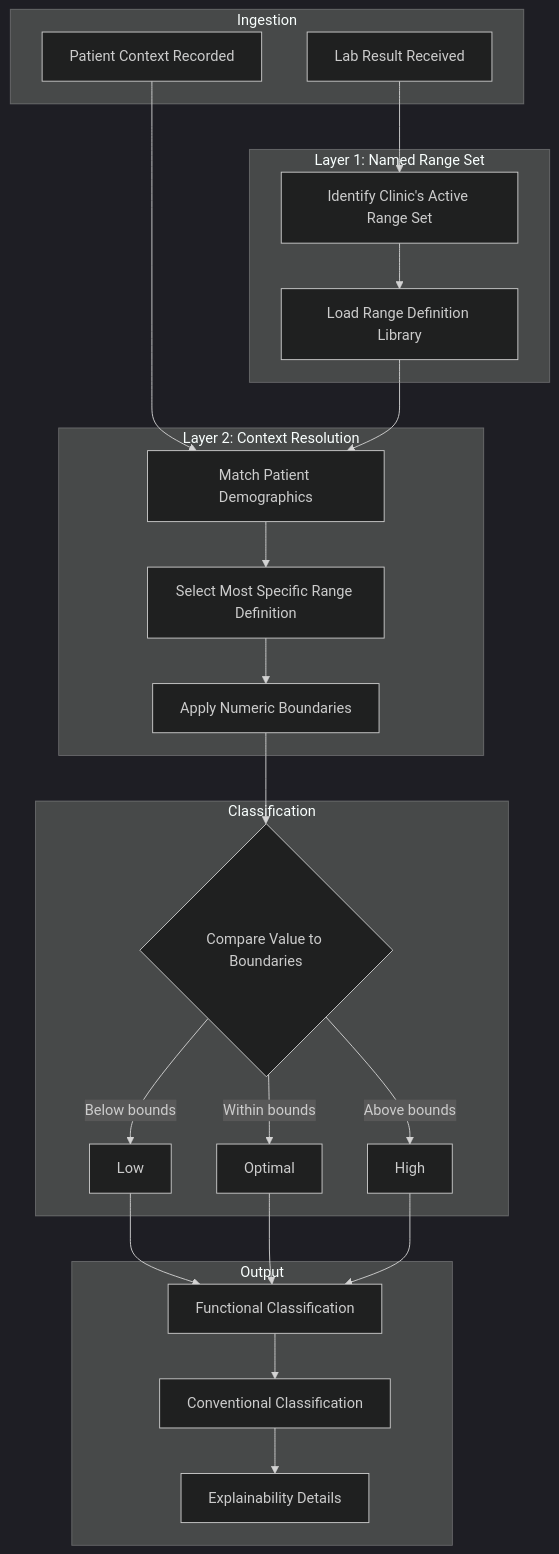
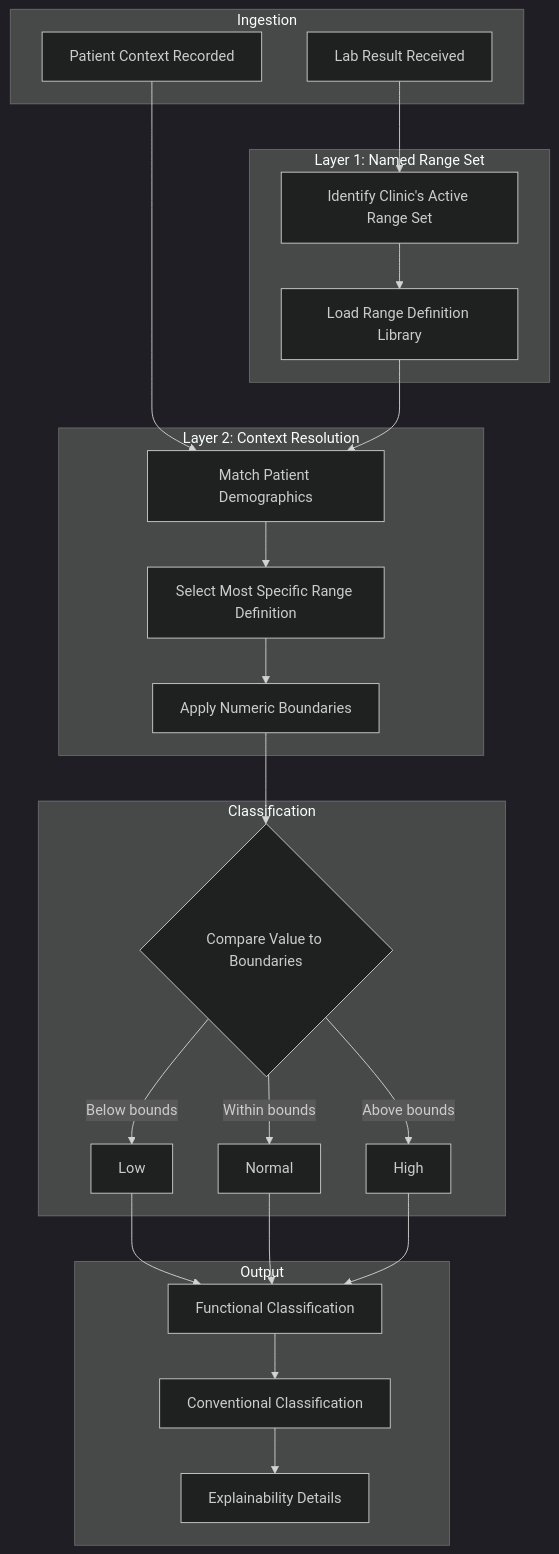
The diagram in docs/onboarding/3-operational-flow.md (Hulupeep/healthplus-help), drawn with Mermaid (dark theme) before and after one commit. The commit also changed other lines of this file, not shown here.

First line of the commit message:
docs: de-drift operational-flow classification bands + matching dimensions (#43) (#44)

````diff
--- a/docs/onboarding/3-operational-flow.md
+++ b/docs/onboarding/3-operational-flow.md
@@ -122,47 +121,47 @@
 ```mermaid
 flowchart TD
     subgraph Ingestion
         A[Lab Result Received]
         B[Patient Context Recorded]
     end
 
     subgraph RangeSetSelection["Layer 1: Named Range Set"]
         C[Identify Clinic's Active Range Set]
         D[Load Range Definition Library]
     end
 
     subgraph ContextResolution["Layer 2: Context Resolution"]
         E[Match Patient Demographics]
         F[Select Most Specific Range Definition]
         G[Apply Numeric Boundaries]
     end
 
     subgraph Classification
         H{Compare Value to Boundaries}
         I[Low]
-        J[Optimal]
+        J[Normal]
         K[High]
     end
 
     subgraph Output
         L[Functional Classification]
         M[Conventional Classification]
         N[Explainability Details]
     end
 
     A --> C
     B --> E
     C --> D
     D --> E
     E --> F
     F --> G
     G --> H
     H -->|Below bounds| I
     H -->|Within bounds| J
     H -->|Above bounds| K
     I --> L
     J --> L
     K --> L
     L --> M
     M --> N
 ```
````
